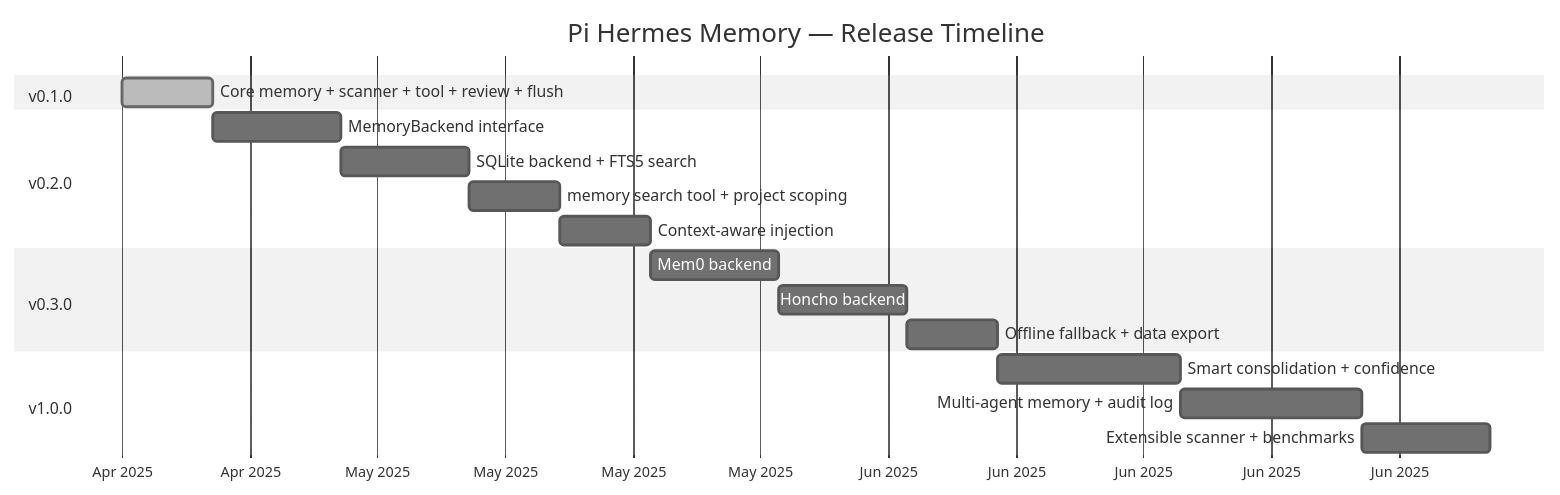
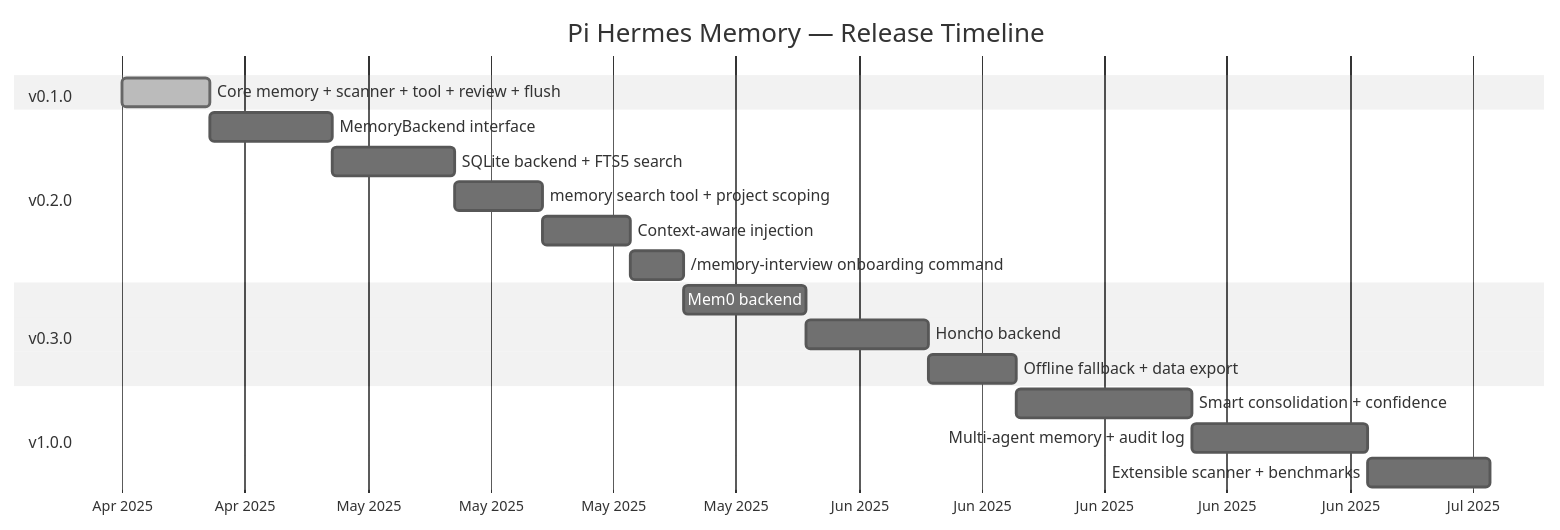
One commit to chandra447/pi-hermes-memory changed the fifth of 5 diagrams in docs/ROADMAP.md. Above: the diagram before and after it, drawn with Mermaid (neutral theme). The commit also changed other lines of this file, not shown here.

First line of the commit message:
docs: add /memory-interview onboarding to v0.2.0 roadmap

````diff
--- a/docs/ROADMAP.md
+++ b/docs/ROADMAP.md
@@ -312,25 +337,26 @@
 ```mermaid
 gantt
     title Pi Hermes Memory — Release Timeline
     dateFormat YYYY-MM-DD
     axisFormat %b %Y
 
     section v0.1.0
     Core memory + scanner + tool + review + flush    :done, v01, 2025-04-20, 5d
 
     section v0.2.0
     MemoryBackend interface                          :v02a, after v01, 7d
     SQLite backend + FTS5 search                     :v02b, after v02a, 7d
     memory search tool + project scoping             :v02c, after v02b, 5d
     Context-aware injection                          :v02d, after v02c, 5d
+    /memory-interview onboarding command             :v02e, after v02d, 3d
 
     section v0.3.0
-    Mem0 backend                                     :v03a, after v02d, 7d
+    Mem0 backend                                     :v03a, after v02e, 7d
     Honcho backend                                   :v03b, after v03a, 7d
     Offline fallback + data export                   :v03c, after v03b, 5d
 
     section v1.0.0
     Smart consolidation + confidence                 :v1a, after v03c, 10d
     Multi-agent memory + audit log                   :v1b, after v1a, 10d
     Extensible scanner + benchmarks                  :v1c, after v1b, 7d
 ```
````
